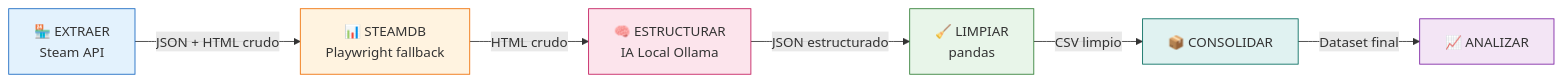
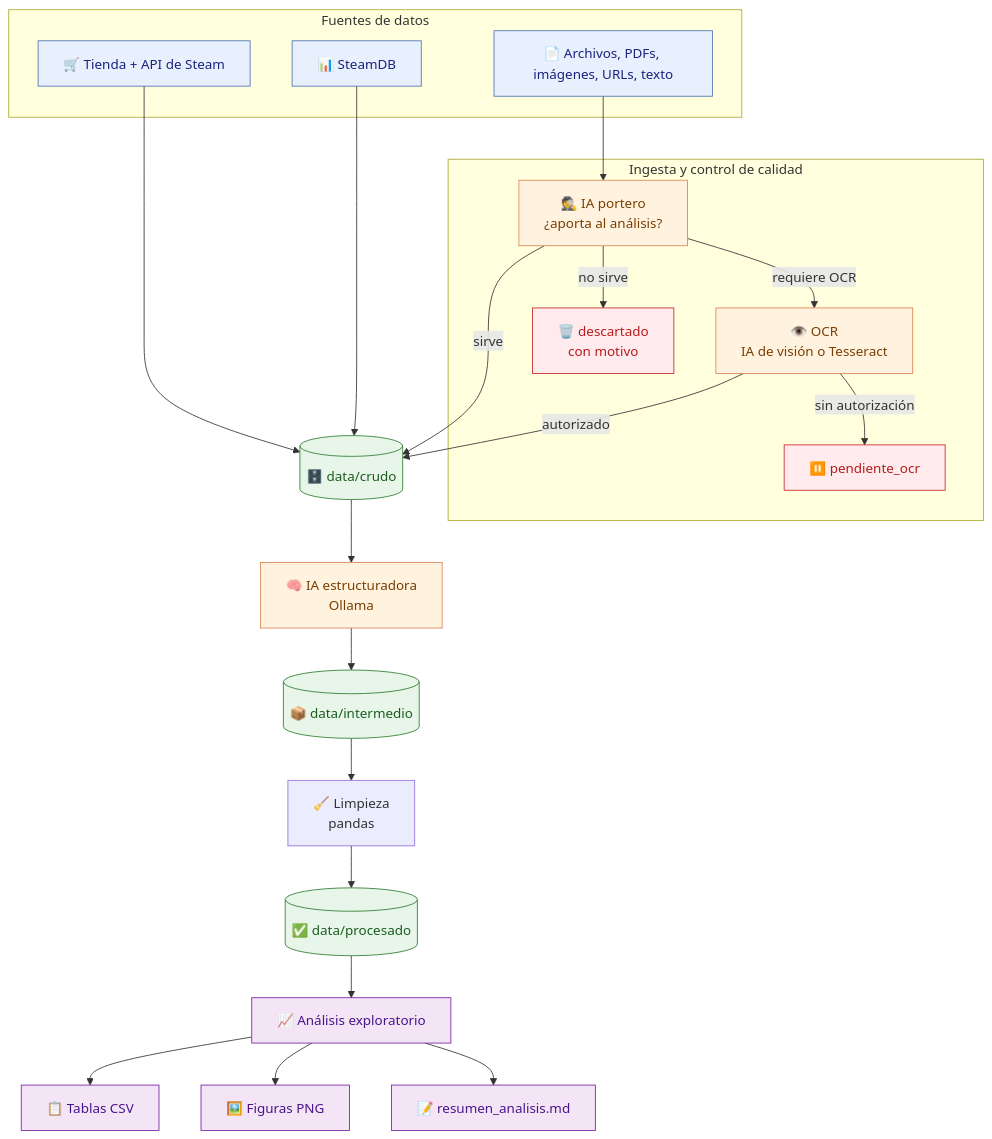
One commit to gonnnzaDev/analisis_de_datos_TUP changed the first of 2 diagrams in README.md. Above: the diagram before and after it, drawn with Mermaid. The commit also changed other lines of this file and 1 other file, not shown here.

First line of the commit message:
docs: reescribir README con instalación, comandos y salidas

````diff
--- a/README.md
+++ b/README.md
@@ -143,15 +155,49 @@
 ```mermaid
-flowchart LR
-    A[🏪 EXTRAER<br/>Steam API] -->|JSON + HTML crudo| B[📊 STEAMDB<br/>Playwright fallback]
-    B -->|HTML crudo| C[🧠 ESTRUCTURAR<br/>IA Local Ollama]
-    C -->|JSON estructurado| D[🧹 LIMPIAR<br/>pandas]
-    D -->|CSV limpio| E[📦 CONSOLIDAR]
-    E -->|Dataset final| F[📈 ANALIZAR]
+flowchart TD
+    subgraph FUENTES["Fuentes de datos"]
+        A["🛒 Tienda + API de Steam"]
+        B["📊 SteamDB"]
+        C["📄 Archivos, PDFs, imágenes, URLs, texto"]
+    end
 
-    style A fill:#e3f2fd,stroke:#1565c0
-    style B fill:#fff3e0,stroke:#ef6c00
-    style C fill:#fce4ec,stroke:#c2185b
-    style D fill:#e8f5e9,stroke:#2e7d32
-    style E fill:#e0f2f1,stroke:#00695c
-    style F fill:#f3e5f5,stroke:#7b1fa2
+    subgraph CONTROL["Ingesta y control de calidad"]
+        P["🕵️ IA portero<br/>¿aporta al análisis?"]
+        O["👁️ OCR<br/>IA de visión o Tesseract"]
+        Z["⏸️ pendiente_ocr"]
+        X["🗑️ descartado<br/>con motivo"]
+    end
+
+    D[("🗄️ data/crudo")]
+    E["🧠 IA estructuradora<br/>Ollama"]
+    F[("📦 data/intermedio")]
+    G["🧹 Limpieza<br/>pandas"]
+    H[("✅ data/procesado")]
+    I["📈 Análisis exploratorio"]
+    J["📋 Tablas CSV"]
+    K["🖼️ Figuras PNG"]
+    L["📝 resumen_analisis.md"]
+
+    A --> D
+    B --> D
+    C --> P
+    P -->|sirve| D
+    P -->|no sirve| X
+    P -->|requiere OCR| O
+    O -->|autorizado| D
+    O -->|sin autorización| Z
+    D --> E --> F --> G --> H --> I
+    I --> J
+    I --> K
+    I --> L
+
+    classDef fuente fill:#e8f0fe,stroke:#4c72b0,color:#1a237e;
+    classDef ia fill:#fff3e0,stroke:#dd8452,color:#7a3e00;
+    classDef datos fill:#e8f5e9,stroke:#2e7d32,color:#1b5e20;
+    classDef salida fill:#f3e5f5,stroke:#7b1fa2,color:#4a148c;
+    classDef descarte fill:#ffebee,stroke:#c62828,color:#b71c1c;
+    class A,B,C fuente;
+    class P,O,E ia;
+    class D,F,H datos;
+    class I,J,K,L salida;
+    class X,Z descarte;
 ```
````
